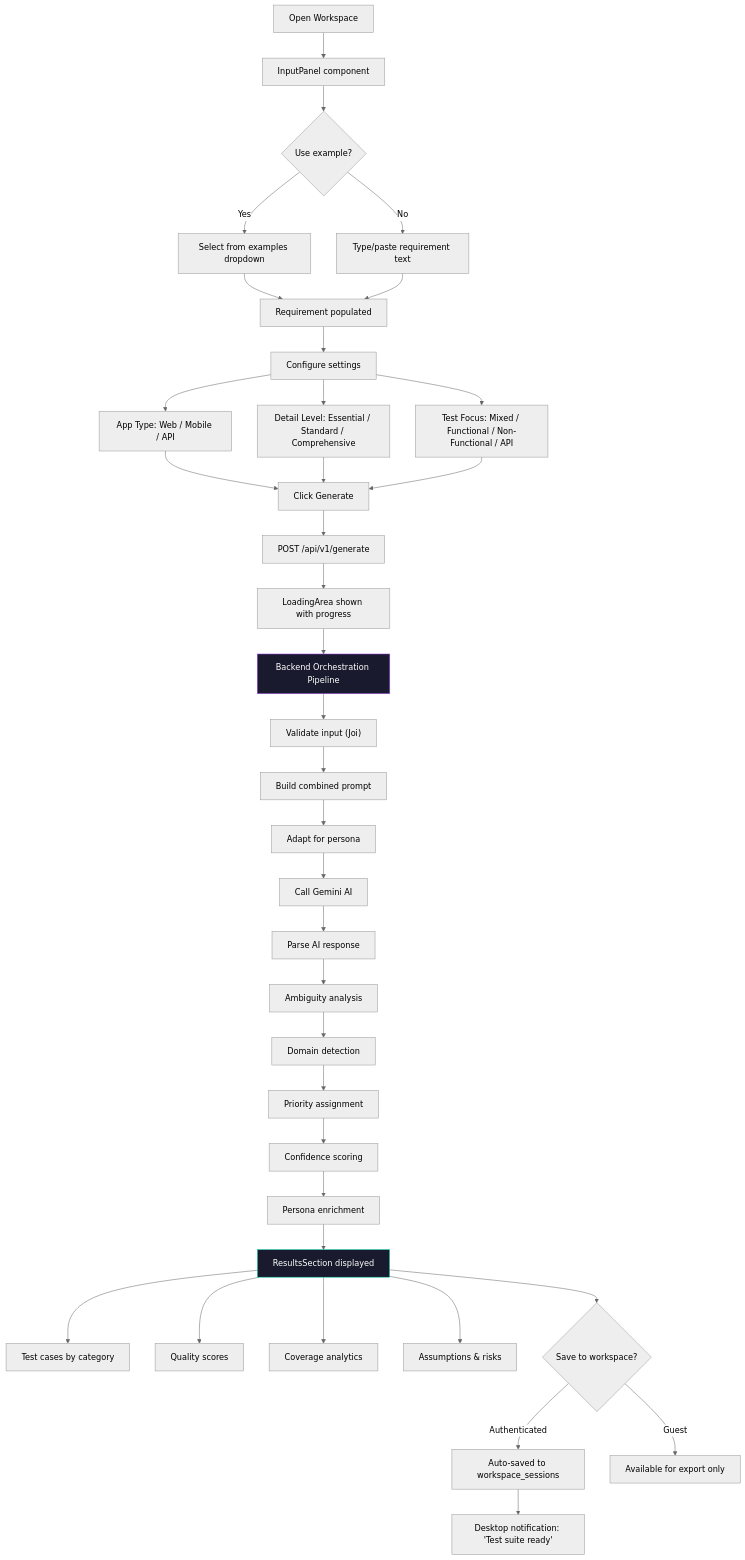
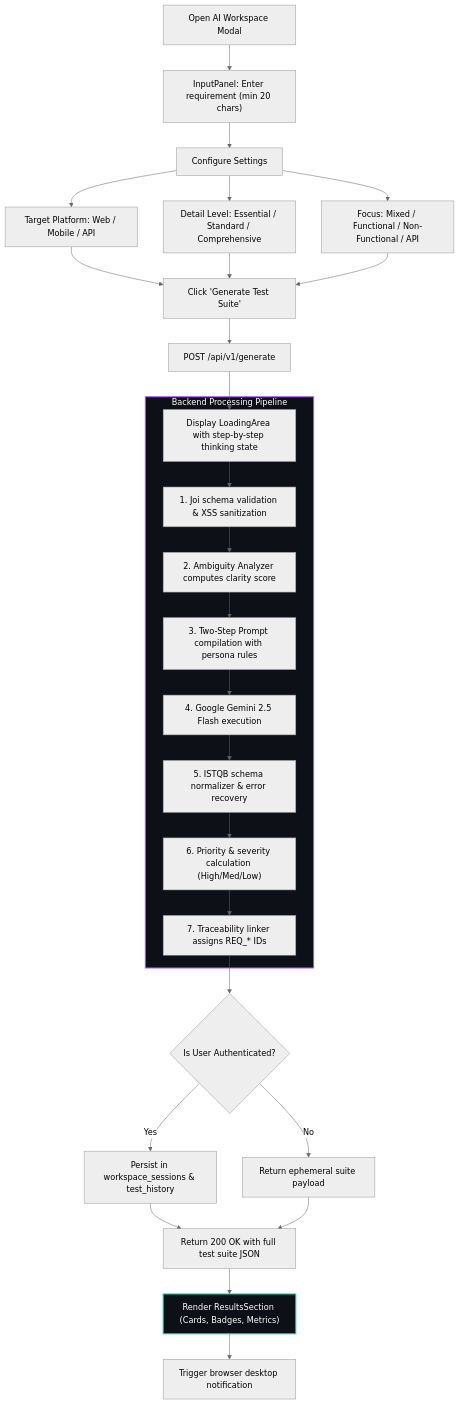
The fourth of 11 diagrams in docs/USER_FLOWS.md (KISHOR403/Testnexa-Ai), drawn with Mermaid (neutral theme) before and after one commit. The commit also changed other lines of this file and 2 other files, not shown here.

Commit message:
docs: add granular step-by-step walkthroughs, real-world examples, and pipeline details

````diff
--- a/docs/USER_FLOWS.md
+++ b/docs/USER_FLOWS.md
@@ -81,45 +110,34 @@
 ```mermaid
 flowchart TD
-    A["Open Workspace"] --> B["InputPanel component"]
-    B --> C{"Use example?"}
-    C -->|Yes| D["Select from examples dropdown"]
-    C -->|No| E["Type/paste requirement text"]
-    D --> F["Requirement populated"]
-    E --> F
-    F --> G["Configure settings"]
-    G --> G1["App Type: Web / Mobile / API"]
-    G --> G2["Detail Level: Essential / Standard / Comprehensive"]
-    G --> G3["Test Focus: Mixed / Functional / Non-Functional / API"]
-    G1 --> H["Click Generate"]
-    G2 --> H
-    G3 --> H
-    H --> I["POST /api/v1/generate"]
-    I --> J["LoadingArea shown with progress"]
+    A["Open AI Workspace Modal"] --> B["InputPanel: Enter requirement (min 20 chars)"]
+    B --> C["Configure Settings"]
+    C --> C1["Target Platform: Web / Mobile / API"]
+    C --> C2["Detail Level: Essential / Standard / Comprehensive"]
+    C --> C3["Focus: Mixed / Functional / Non-Functional / API"]
     
-    J --> K["Backend Orchestration Pipeline"]
-    K --> K1["Validate input (Joi)"]
-    K1 --> K2["Build combined prompt"]
-    K2 --> K3["Adapt for persona"]
-    K3 --> K4["Call Gemini AI"]
-    K4 --> K5["Parse AI response"]
-    K5 --> K6["Ambiguity analysis"]
-    K6 --> K7["Domain detection"]
-    K7 --> K8["Priority assignment"]
-    K8 --> K9["Confidence scoring"]
-    K9 --> K10["Persona enrichment"]
+    C1 & C2 & C3 --> D["Click 'Generate Test Suite'"]
+    D --> E["POST /api/v1/generate"]
+    E --> F["Display LoadingArea with step-by-step thinking state"]
     
-    K10 --> L["ResultsSection displayed"]
-    L --> L1["Test cases by category"]
-    L --> L2["Quality scores"]
-    L --> L3["Coverage analytics"]
-    L --> L4["Assumptions & risks"]
+    subgraph BackendOrchestration["Backend Processing Pipeline"]
+        F --> G1["1. Joi schema validation & XSS sanitization"]
+        G1 --> G2["2. Ambiguity Analyzer computes clarity score"]
+        G2 --> G3["3. Two-Step Prompt compilation with persona rules"]
+        G3 --> G4["4. Google Gemini 2.5 Flash execution"]
+        G4 --> G5["5. ISTQB schema normalizer & error recovery"]
+        G5 --> G6["6. Priority & severity calculation (High/Med/Low)"]
+        G6 --> G7["7. Traceability linker assigns REQ_* IDs"]
+    end
     
-    L --> M{"Save to workspace?"}
-    M -->|Authenticated| N["Auto-saved to workspace_sessions"]
-    M -->|Guest| O["Available for export only"]
+    G7 --> H{"Is User Authenticated?"}
+    H -->|Yes| I["Persist in workspace_sessions & test_history"]
+    H -->|No| J["Return ephemeral suite payload"]
     
-    N --> P["Desktop notification: 'Test suite ready'"]
-    
-    style K fill:#1a1a2e,stroke:#a855f7,color:#fff
-    style L fill:#1a1a2e,stroke:#00d4aa,color:#fff
+    I --> K["Return 200 OK with full test suite JSON"]
+    J --> K
+    K --> L["Render ResultsSection (Cards, Badges, Metrics)"]
+    L --> M["Trigger browser desktop notification"]
+
+    style BackendOrchestration fill:#0d1117,stroke:#a855f7,stroke-width:2px,color:#fff
+    style L fill:#0d1117,stroke:#00d4aa,stroke-width:2px,color:#fff
 ```
````
